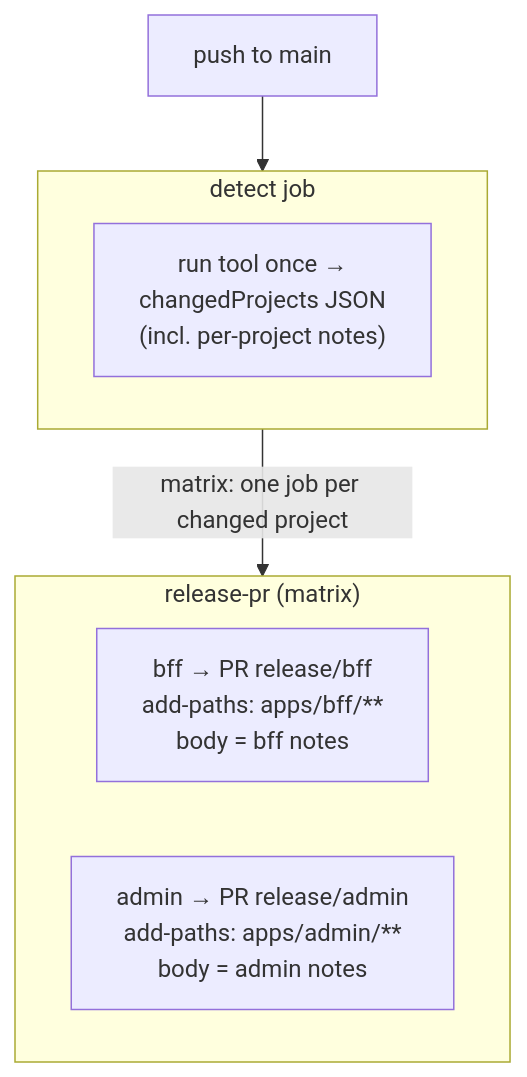
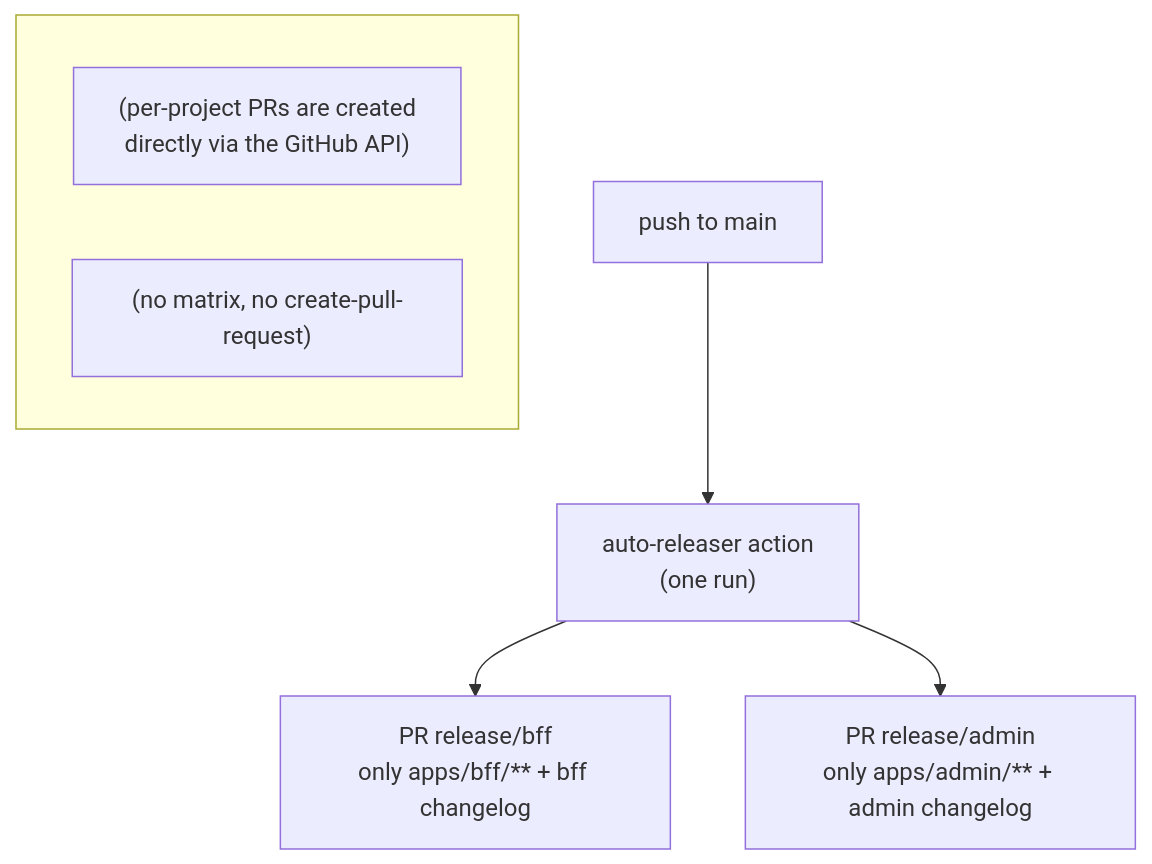
The fourth of 5 diagrams in README.md (Mcbeer/auto-releaser), drawn with Mermaid before and after one commit. The commit also changed other lines of this file and 3 other files, not shown here.

First line of the commit message:
fix: replace broken release workflows with proper action CI

````diff
--- a/README.md
+++ b/README.md
@@ -119,15 +153,12 @@
 ```mermaid
 flowchart TD
-    push["push to main"] --> detect
+    push["push to main"] --> act["auto-releaser action<br/>(one run)"]
 
-    subgraph detect["detect job"]
-        tool["run tool once →<br/>changedProjects JSON<br/>(incl. per-project notes)"]
-    end
+    act --> bffpr["PR release/bff<br/>only apps/bff/** + bff changelog"]
+    act --> adminpr["PR release/admin<br/>only apps/admin/** + admin changelog"]
 
-    detect -->|matrix: one job per changed project| m
-
-    subgraph m["release-pr (matrix)"]
-        bffjob["bff → PR release/bff<br/>add-paths: apps/bff/**<br/>body = bff notes"]
-        adminjob["admin → PR release/admin<br/>add-paths: apps/admin/**<br/>body = admin notes"]
+    subgraph legacy[" "]
+        bffjob["(per-project PRs are created<br/>directly via the GitHub API)"]
+        adminjob["(no matrix, no create-pull-request)"]
     end
 ```
````
